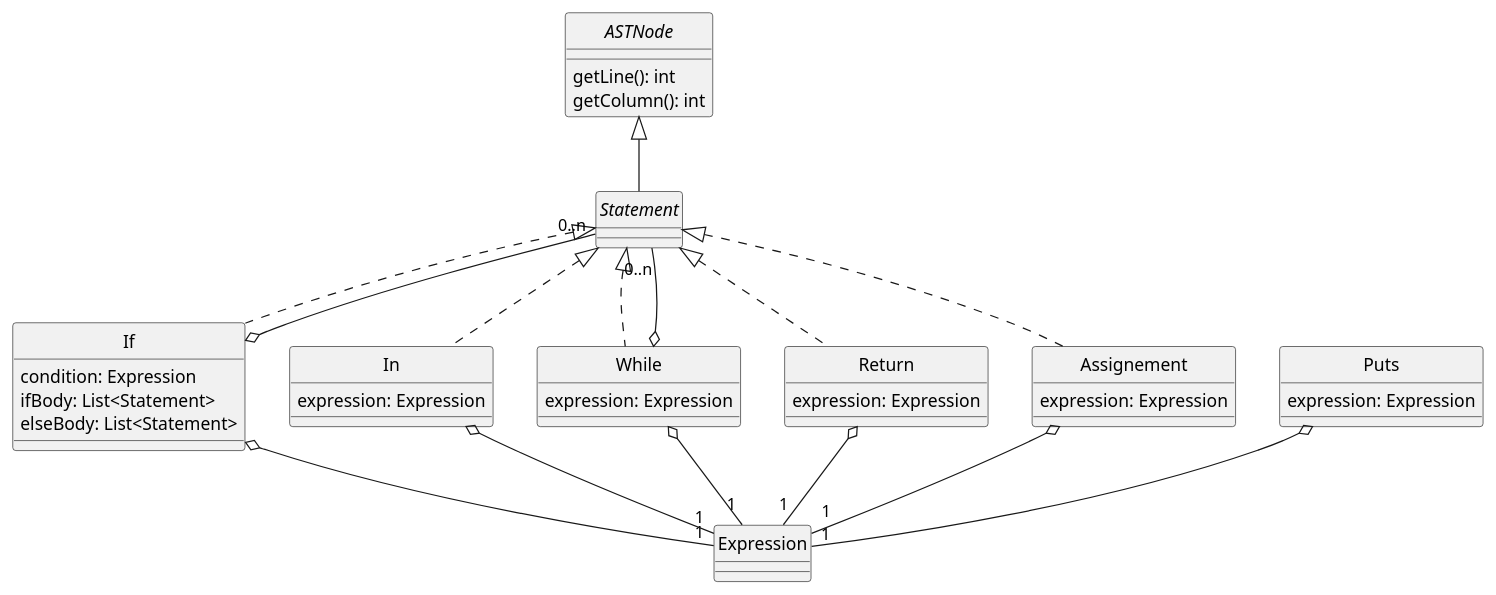
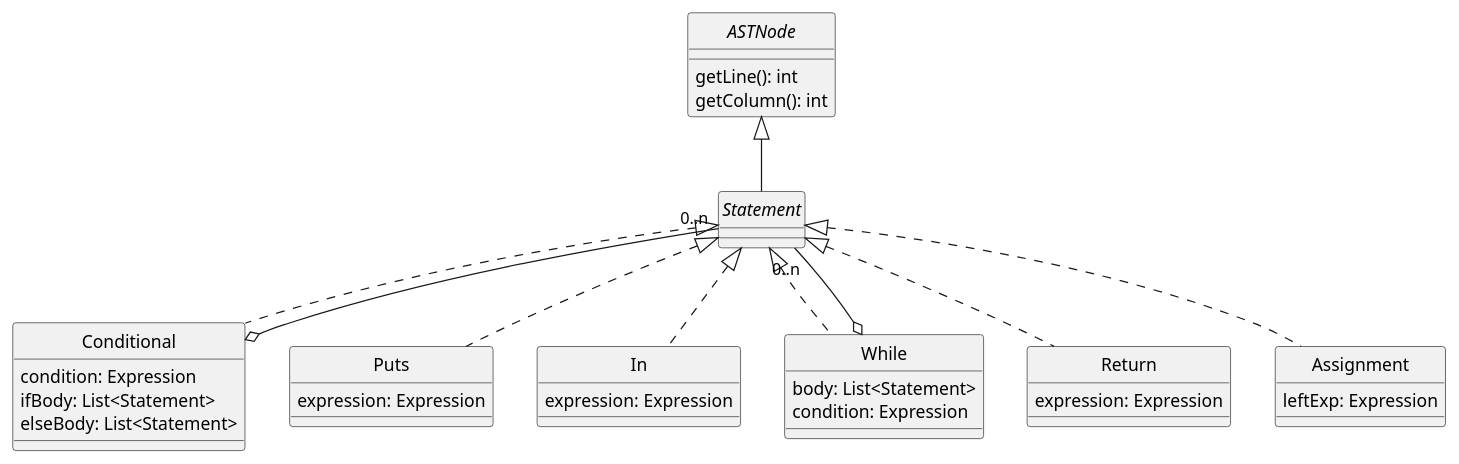
Before and after one commit to uo271288/dlp-compiler: the diagram in docs/diagrams/statements.plantuml, drawn with PlantUML. The commit also changed 36 other files, not shown here.

Commit message:
Diagrams updated and classes created

```diff
--- a/docs/diagrams/statements.plantuml
+++ b/docs/diagrams/statements.plantuml
@@ -1,56 +1,52 @@
 @startuml Statements
 skinparam style strictuml
 skinparam monochrome true
 
 
 interface ASTNode {
     getLine(): int
     getColumn(): int
 }
 
 interface Statement
 
-class If {
+class Conditional {
     condition: Expression
     ifBody: List<Statement>
     elseBody: List<Statement>
 }
 
 class Puts {
     expression: Expression
 }
 
 class In {
     expression: Expression
 }
 
 class While {
-    expression: Expression
+    body: List<Statement>
+    condition: Expression
 }
 
 class Return {
     expression: Expression
 }
 
-class Assignement {
-    expression: Expression
+class Assignment {
+    leftExp: Expression
+
 }
 
 ASTNode <|-- Statement
-Statement <|.. If
+Statement <|.. Conditional
 Statement <|.. In
 Statement <|.. While
 Statement <|.. Return
-Statement <|.. Assignement
-
-If o-- "1" Expression
-Puts o-- "1" Expression
-While o-- "1" Expression
-In o-- "1" Expression
-Return o-- "1" Expression
-Assignement o-- "1" Expression
-If o-- "0..n" Statement
+Statement <|.. Assignment
+Statement <|.. Puts
+Conditional o-- "0..n" Statement
 While o-- "0..n" Statement
 
 
 @enduml
```
